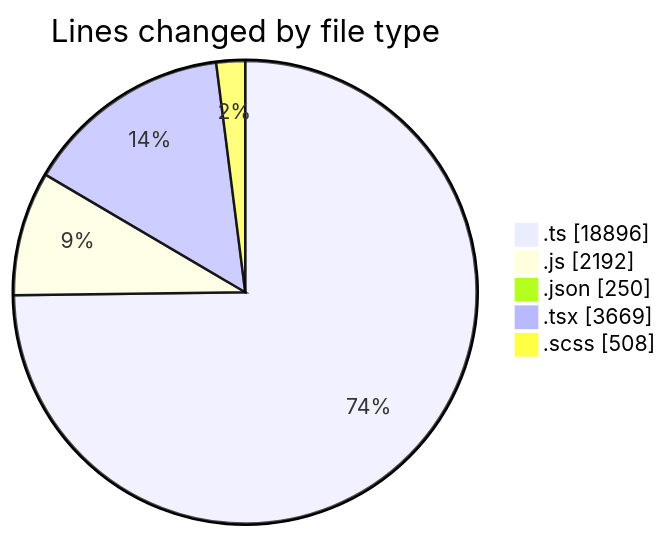
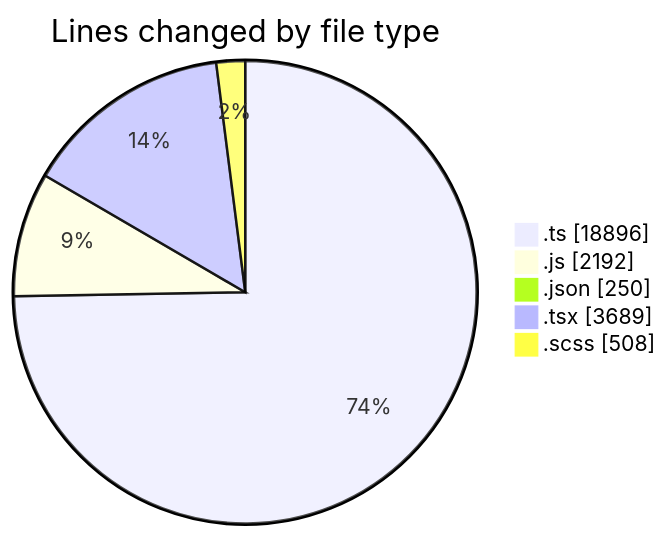
One commit to momahboobian/code-tracking changed the first of 2 diagrams in 2026-06-18/cda/README.md. Above: the diagram before and after it, drawn with Mermaid. The commit also changed other lines of this file and 1 other file, not shown here.

````diff
--- a/2026-06-18/cda/README.md
+++ b/2026-06-18/cda/README.md
@@ -70,9 +70,9 @@
 ```mermaid
 pie showData
 title Lines changed by file type
 ".ts" : 18896
 ".js" : 2192
 ".json" : 250
-".tsx" : 3669
+".tsx" : 3689
 ".scss" : 508
 ```
````
